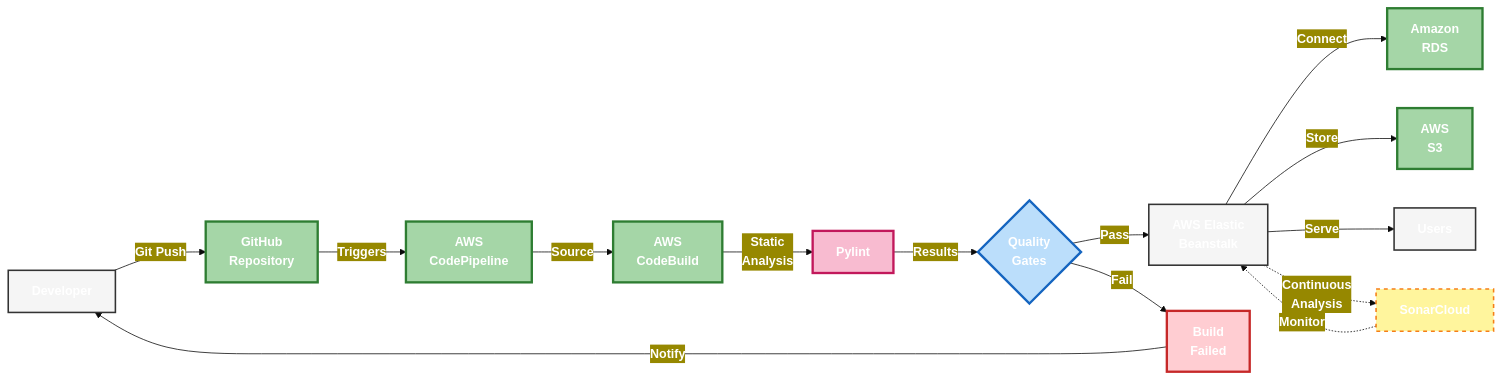
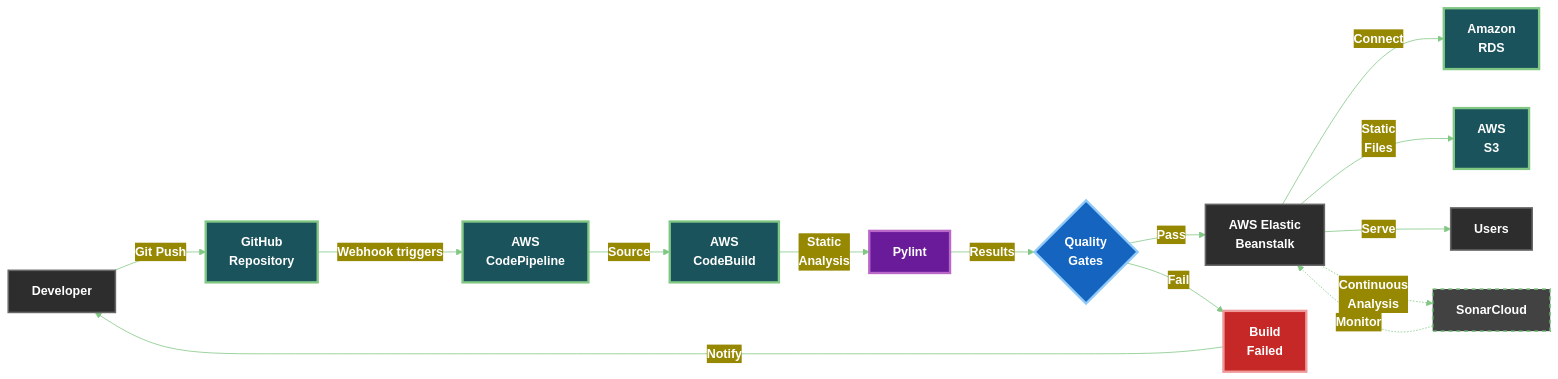
Before and after one commit to N2B6/deploydevops: the diagram in readme.md, drawn with Mermaid.

````diff
--- a/readme.md
+++ b/readme.md
@@ -30,38 +30,44 @@
 ```mermaid
-%%{init: {'theme': 'base', 'themeVariables': { 'fontSize': '16px', 'fontFamily': 'arial', 'primaryColor': '#009688', 'primaryTextColor': '#fff'}}}%%
+%%{init: {'theme': 'base', 'themeVariables': { 
+    'fontSize': '16px',
+    'fontFamily': 'arial',
+    'primaryColor': '#009688',
+    'primaryTextColor': '#fff',
+    'lineColor': '#81C784'
+}}}%%
 
 flowchart LR
     A["<strong>Developer</strong>"] -->|"<strong>Git Push</strong>"| B["<strong>GitHub<br>Repository</strong>"]
-    B -->|"<strong>Triggers</strong>"| C["<strong>AWS<br>CodePipeline</strong>"]
+    B -->|"<strong>Webhook triggers</strong>"| C["<strong>AWS<br>CodePipeline</strong>"]
     C -->|"<strong>Source</strong>"| D["<strong>AWS<br>CodeBuild</strong>"]
     
     D -->|"<strong>Static<br>Analysis</strong>"| E1["<strong>Pylint</strong>"]
     E1 -->|"<strong>Results</strong>"| F{"<strong>Quality<br>Gates</strong>"}
     
     F -->|"<strong>Pass</strong>"| G["<strong>AWS Elastic<br>Beanstalk</strong>"]
     F -->|"<strong>Fail</strong>"| H["<strong>Build<br>Failed</strong>"]
     
     G -->|"<strong>Connect</strong>"| I["<strong>Amazon<br>RDS</strong>"]
-    G -->|"<strong>Store</strong>"| J["<strong>AWS<br>S3</strong>"]
+    G -->|"<strong>Static<br>Files</strong>"| J["<strong>AWS<br>S3</strong>"]
     G -->|"<strong>Serve</strong>"| K["<strong>Users</strong>"]
     
     %% SonarCloud continuous analysis during runtime
     G -.->|"<strong>Continuous<br>Analysis</strong>"| E2["<strong>SonarCloud</strong>"]
     E2 -.->|"<strong>Monitor</strong>"| G
     
     H -->|"<strong>Notify</strong>"| A
     
-    %% Custom styles with enhanced visibility
-    classDef default fill:#f5f5f5,stroke:#333,stroke-width:2px;
-    classDef current fill:#a5d6a7,stroke:#2e7d32,stroke-width:3px;
-    classDef previous fill:#f8bbd0,stroke:#c2185b,stroke-width:3px;
-    classDef continuous fill:#fff59d,stroke:#f57f17,stroke-width:2px,stroke-dasharray: 5 5;
-    classDef decision fill:#bbdefb,stroke:#1565c0,stroke-width:3px;
-    classDef failure fill:#ffcdd2,stroke:#c62828,stroke-width:3px;
+    %% Custom styles with improved contrast
+    classDef default fill:#2d2d2d,stroke:#666,stroke-width:2px,color:#fff;
+    classDef current fill:#1a535c,stroke:#81C784,stroke-width:3px;
+    classDef previous fill:#6a1b9a,stroke:#BA68C8,stroke-width:3px;
+    classDef continuous fill:#424242,stroke:#81C784,stroke-width:2px,stroke-dasharray: 5 5;
+    classDef decision fill:#1565c0,stroke:#90CAF9,stroke-width:3px;
+    classDef failure fill:#c62828,stroke:#EF9A9A,stroke-width:3px;
     
     class B,C,D,I,J current;
     class E1 previous;
     class E2 continuous;
     class F decision;
     class H failure;
 ```
````
